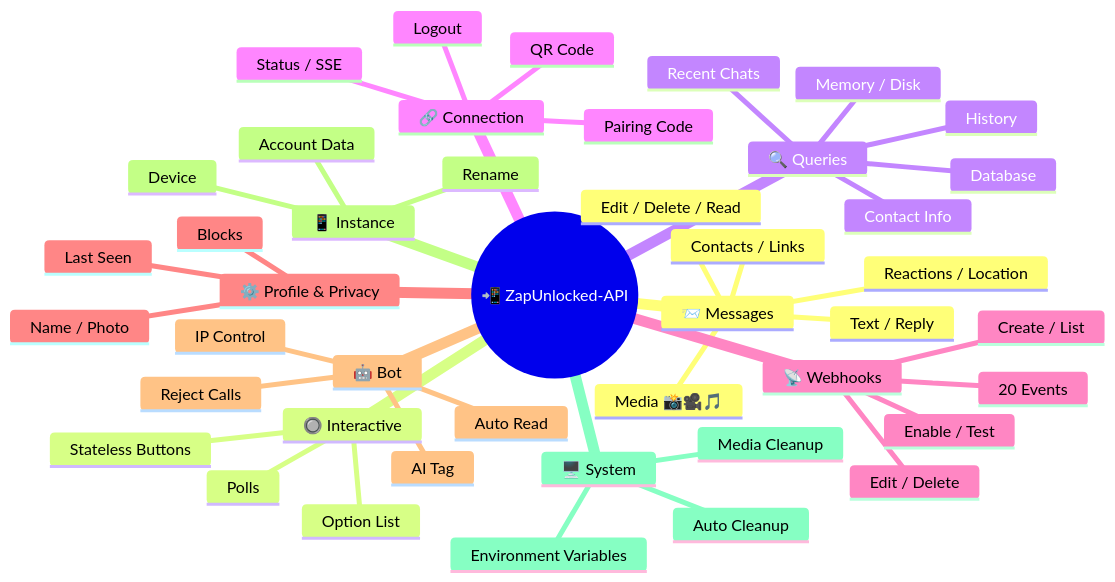
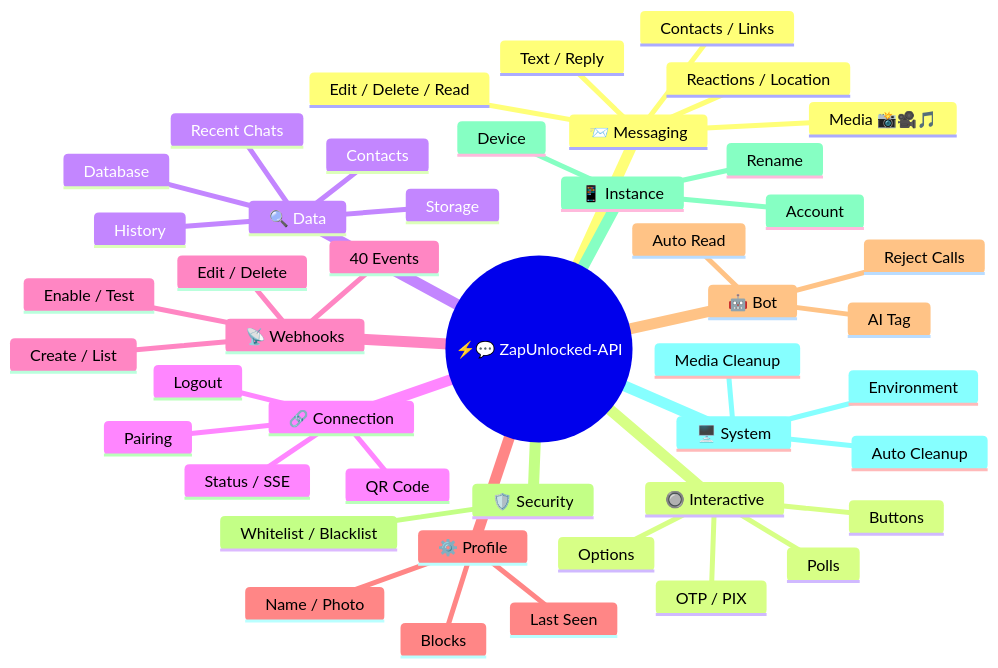
One commit to kauafpssx/ZapUnlocked-API changed the first of 2 diagrams in docs/translations/en.md. Above: the diagram before and after it, drawn with Mermaid. The commit also changed other lines of this file and 23 other files, not shown here.

````diff
--- a/docs/translations/en.md
+++ b/docs/translations/en.md
@@ -52,47 +55,58 @@
 ```mermaid
 mindmap
-  root((📲 ZapUnlocked-API))
-    📨 Messages
+  root((⚡💬 ZapUnlocked-API))
+    📨 Messaging
       Text / Reply
       Media 📸🎥🎵
       Reactions / Location
       Contacts / Links
       Edit / Delete / Read
+
     🔘 Interactive
-      Stateless Buttons
-      Option List
+      Buttons
+      OTP / PIX
+      Options
       Polls
-    🔍 Queries
-      Contact Info
+
+    🔍 Data
+      Contacts
       History
       Recent Chats
-      Memory / Disk
+      Storage
       Database
+
     🔗 Connection
       Status / SSE
       QR Code
-      Pairing Code
+      Pairing
       Logout
+
     📡 Webhooks
       Create / List
       Edit / Delete
       Enable / Test
-      20 Events
-    ⚙️ Profile & Privacy
+      40 Events
+
+    ⚙️ Profile
       Name / Photo
       Last Seen
       Blocks
+
     🤖 Bot
       AI Tag
-      IP Control
       Reject Calls
       Auto Read
+
+    🛡️ Security
+      Whitelist / Blacklist
+
     📱 Instance
-      Account Data
+      Account
       Device
       Rename
+
     🖥️ System
-      Environment Variables
+      Environment
       Media Cleanup
       Auto Cleanup
 ```
````
